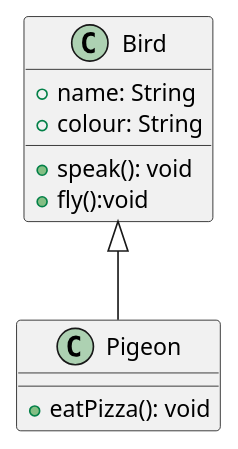
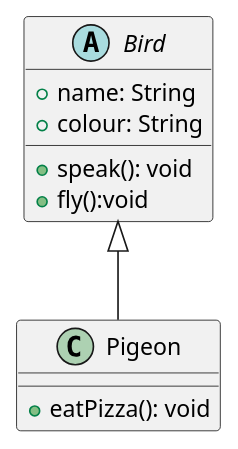
The diagram in .idea/Bird.puml (abinormal/introduction-to-oop-project), drawn with PlantUML before and after one commit. The commit also changed 3 other files, not shown here.

Commit message:
Bird is now an abstract class. Implemented the abstract method speak() in the Pigeon class and added the change to the class diagram.

```diff
--- a/.idea/Bird.puml
+++ b/.idea/Bird.puml
@@ -1,19 +1,19 @@
 @startuml
 'https://plantuml.com/class-diagram
 
 
-class Bird {
+abstract class Bird {
     + name: String
     + colour: String
 
     +speak(): void
     +fly():void
 }
 
 class Pigeon {
     +eatPizza(): void
 }
 
 Bird <|-- Pigeon
 
 @enduml
```
